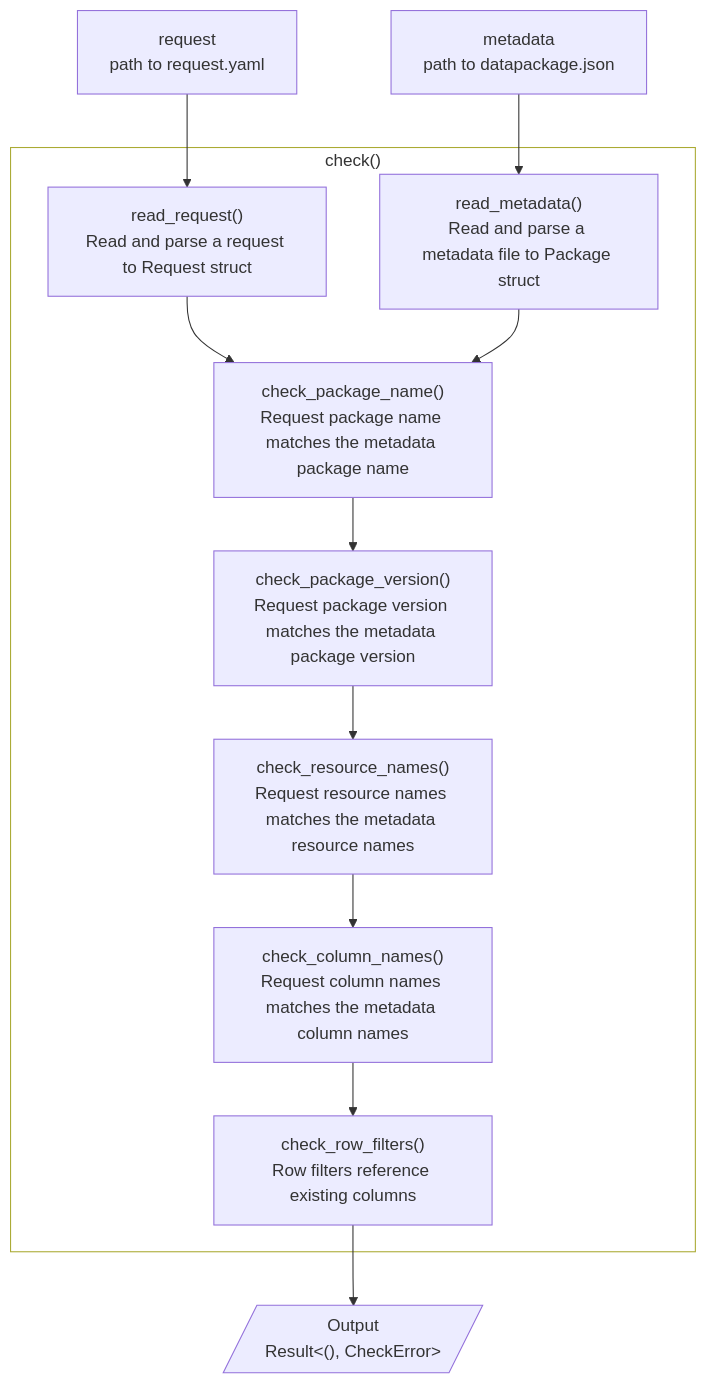
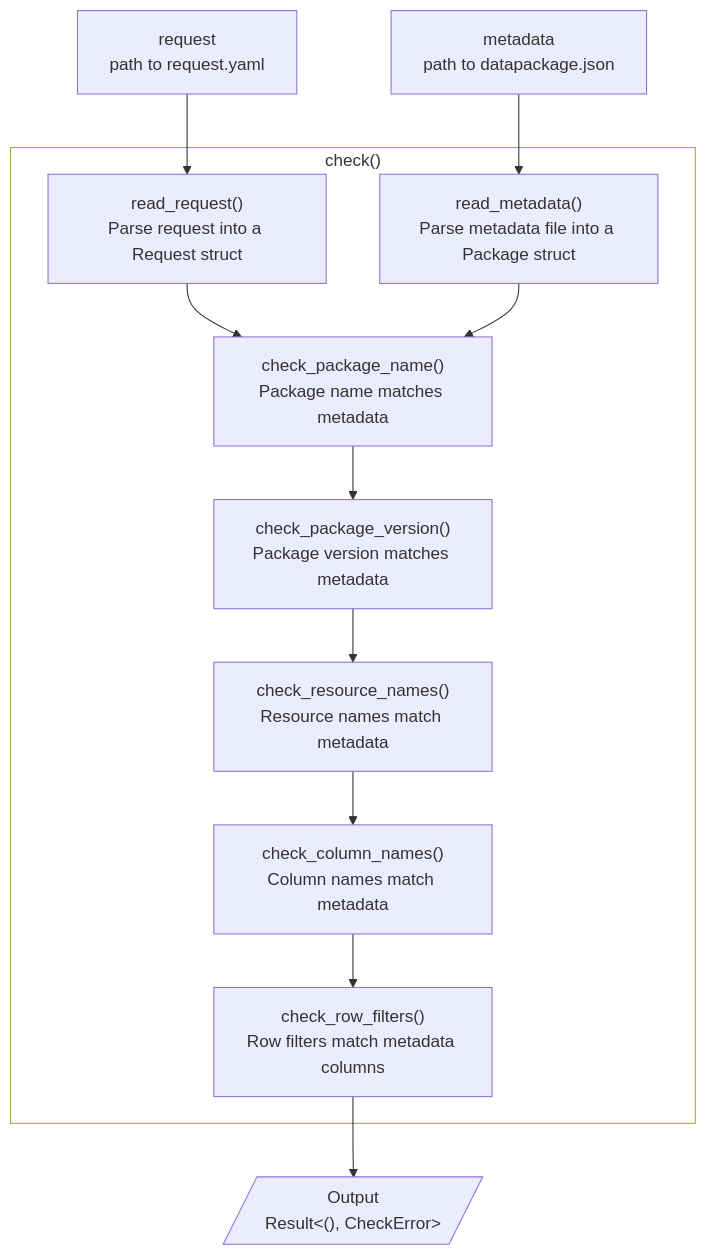
The diagram in docs/design/interface/rust.qmd (seedcase-project/seedcase-propagate), drawn with Mermaid before and after one commit. The commit also changed other lines of this file, not shown here.

Commit message:
docs: ✏️ tighten and align internal function descriptions
Align across the flow diagram and pseudocode.

````diff
--- a/docs/design/interface/rust.qmd
+++ b/docs/design/interface/rust.qmd
@@ -19,32 +19,32 @@
 ```{mermaid}
 %%| label: fig-check-flow
 %%| fig-cap: "The flow of input and output through the check function."
 %%| fig-alt: >-
 %%|   Diagram showing the flow of input and output through the `check` function.
 %%|   The user provides the request and metadata file. The function completes a
 %%|   set of checks, before returning a result that's either the unit type or a
 %%|   CheckError.
 %%|   
 
 flowchart TD
     request["request<br>path to request.yaml"]
     metadata["metadata<br>path to datapackage.json"]
     output[/"Output<br>Result&lt;(), CheckError&gt;"/]
 
     subgraph check ["check()"]
-      read_request["read_request()<br>Read and parse a request to Request struct"]
-      read_metadata["read_metadata()<br>Read and parse a metadata file to Package struct"]
-      check_package_name["check_package_name()<br>Request package name matches the metadata package name"]
-      check_package_version["check_package_version()<br>Request package version matches the metadata package version"]
-      check_resource_names["check_resource_names()<br>Request resource names matches the metadata resource names"]
-      check_column_names["check_column_names()<br>Request column names matches the metadata column names"]
-      check_row_filters["check_row_filters()<br>Row filters reference existing columns"]
+      read_request["read_request()<br>Parse request into a Request struct"]
+      read_metadata["read_metadata()<br>Parse metadata file into a Package struct"]
+      check_package_name["check_package_name()<br>Package name matches metadata"]
+      check_package_version["check_package_version()<br>Package version matches metadata"]
+      check_resource_names["check_resource_names()<br>Resource names match metadata"]
+      check_column_names["check_column_names()<br>Column names match metadata"]
+      check_row_filters["check_row_filters()<br>Row filters match metadata columns"]
     end
 
     request --> read_request --> check_package_name --> check_package_version --> check_resource_names --> check_column_names --> check_row_filters --> output
     metadata --> read_metadata --> check_package_name
 
     check:::outer_function
 
   classDef outer_function fill:none
 ```
````
